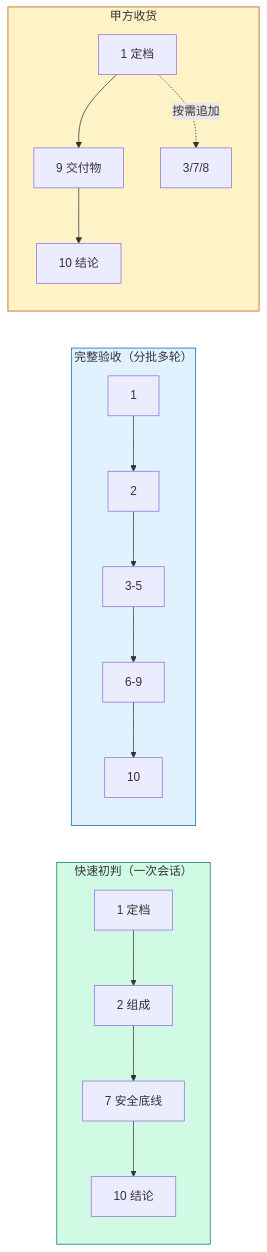
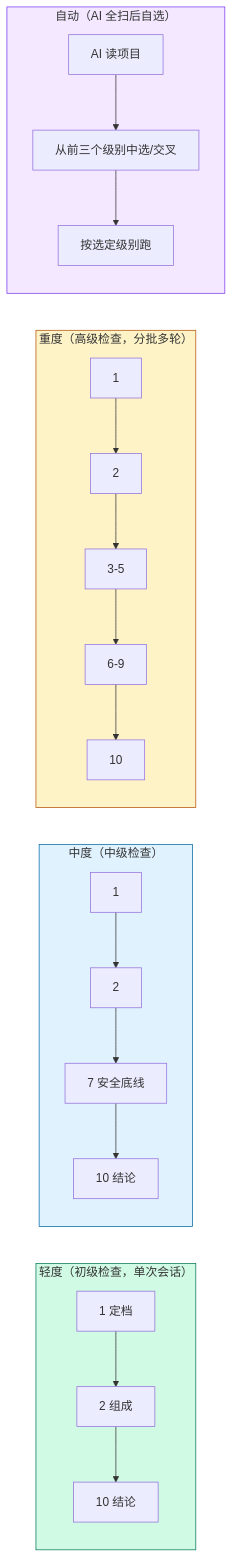
Before and after one commit to LPK3215/agent-acceptance: the fourth of 6 diagrams in docs/01-项目结构与流程图.md, drawn with Mermaid. The commit also changed other lines of this file and 26 other files, not shown here.

````diff
--- a/docs/01-项目结构与流程图.md
+++ b/docs/01-项目结构与流程图.md
@@ -144,19 +144,23 @@
 ```mermaid
 graph LR
-    subgraph Quick["快速初判（一次会话）"]
-        A1["1 定档"] --> A2["2 组成"] --> A7["7 安全底线"] --> A10["10 结论"]
+    subgraph Light["轻度（初级检查，单次会话）"]
+        A1["1 定档"] --> A2["2 组成"] --> A10["10 结论"]
     end
 
-    subgraph Full["完整验收（分批多轮）"]
-        B1["1"] --> B2["2"] --> B3["3-5"] --> B6["6-9"] --> B10["10"]
+    subgraph Medium["中度（中级检查）"]
+        B1["1"] --> B2["2"] --> B7["7 安全底线"] --> B10["10 结论"]
     end
 
-    subgraph Audit["甲方收货"]
-        C1["1 定档"] --> C9["9 交付物"] --> C10["10 结论"]
-        C1 -.->|"按需追加"| C3["3/7/8"]
+    subgraph Heavy["重度（高级检查，分批多轮）"]
+        C1["1"] --> C2["2"] --> C3["3-5"] --> C6["6-9"] --> C10["10"]
     end
 
-    style Quick fill:#d1fae5,stroke:#047857
-    style Full fill:#e0f2fe,stroke:#0369a1
-    style Audit fill:#fef3c7,stroke:#b45309
+    subgraph Auto["自动（AI 全扫后自选）"]
+        D1["AI 读项目"] --> D2["从前三个级别中选/交叉"] --> D10["按选定级别跑"]
+    end
+
+    style Light fill:#d1fae5,stroke:#047857
+    style Medium fill:#e0f2fe,stroke:#0369a1
+    style Heavy fill:#fef3c7,stroke:#b45309
+    style Auto fill:#f3e8ff,stroke:#7c3aed
 ```
````
